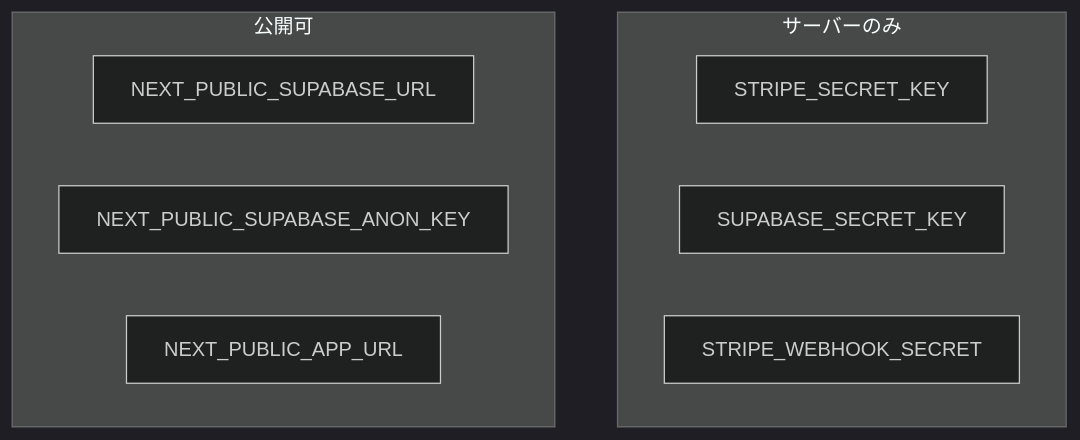
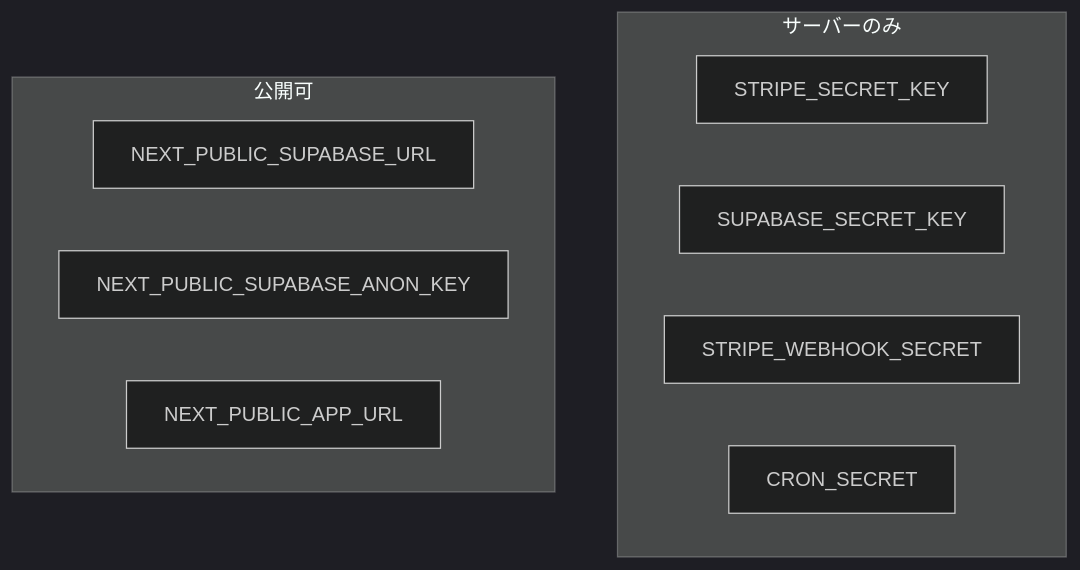
One commit to atosantasan/japanki changed the second of 2 diagrams in docs/design/6_service_architecture.md. Above: the diagram before and after it, drawn with Mermaid (dark theme). The commit also changed other lines of this file and 18 other files, not shown here.

````diff
--- a/docs/design/6_service_architecture.md
+++ b/docs/design/6_service_architecture.md
@@ -132,13 +132,14 @@
 ```mermaid
 graph TD
     subgraph Server ["サーバーのみ"]
         SK["STRIPE_SECRET_KEY"]
         SSK["SUPABASE_SECRET_KEY"]
         WHS["STRIPE_WEBHOOK_SECRET"]
+        CRON["CRON_SECRET"]
     end
     subgraph Client ["公開可"]
         SUL["NEXT_PUBLIC_SUPABASE_URL"]
         SAK["NEXT_PUBLIC_SUPABASE_ANON_KEY"]
         APP["NEXT_PUBLIC_APP_URL"]
     end
 ```
````
